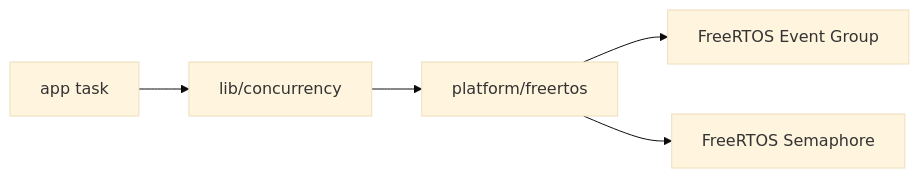
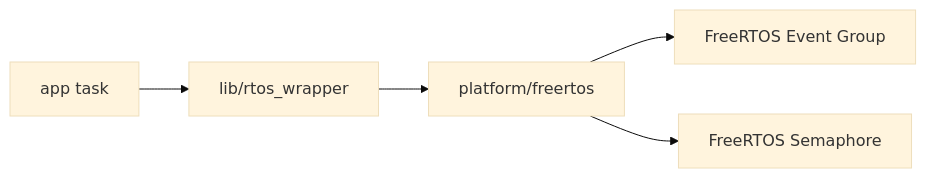
Before and after one commit to starkensan/usb_midi_pedal: the first of 2 diagrams in docs/designs/rtos-synchronization.md, drawn with Mermaid (base theme). The commit also changed other lines of this file, not shown here.

Commit message:
docs: RTOS同期図のパスを修正 refs #68

````diff
--- a/docs/designs/rtos-synchronization.md
+++ b/docs/designs/rtos-synchronization.md
@@ -27,7 +27,7 @@
 ```mermaid
 flowchart LR
-    app[app task] --> abstraction[lib/concurrency]
+    app[app task] --> abstraction[lib/rtos_wrapper]
     abstraction --> adapter[platform/freertos]
     adapter --> eventgroup[FreeRTOS Event Group]
     adapter --> semaphore[FreeRTOS Semaphore]
 ```
````
